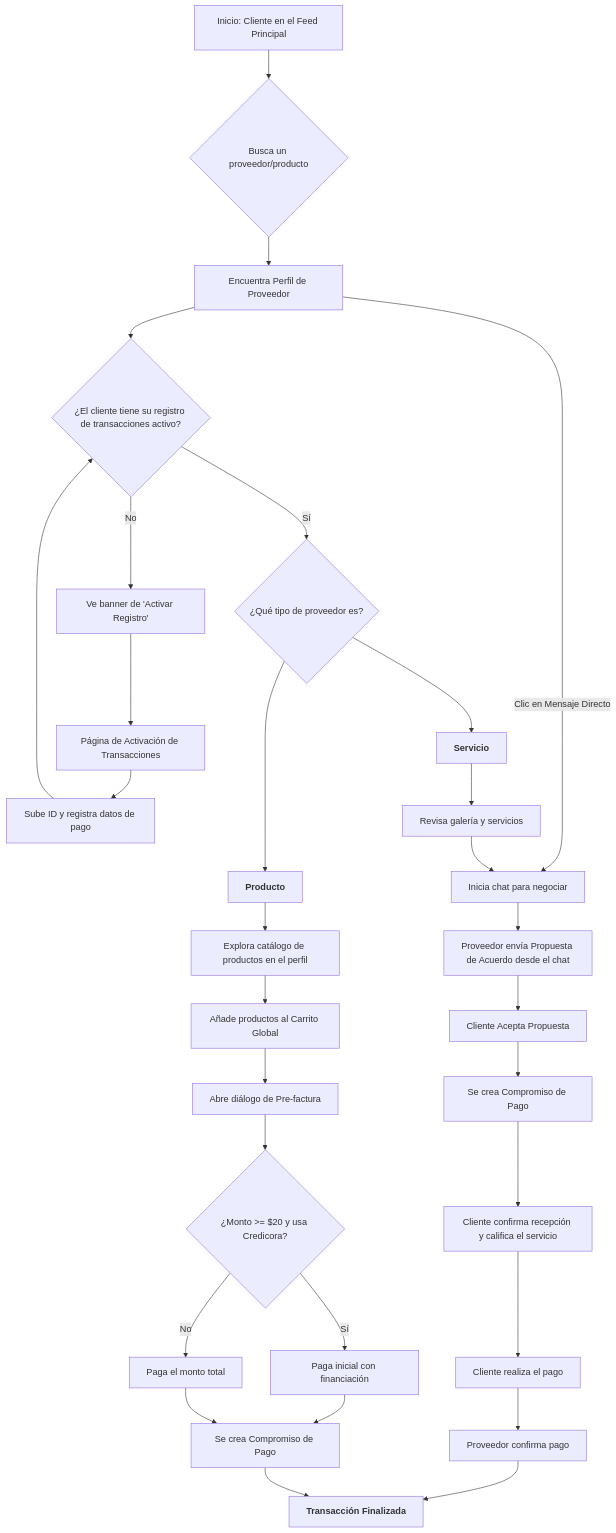
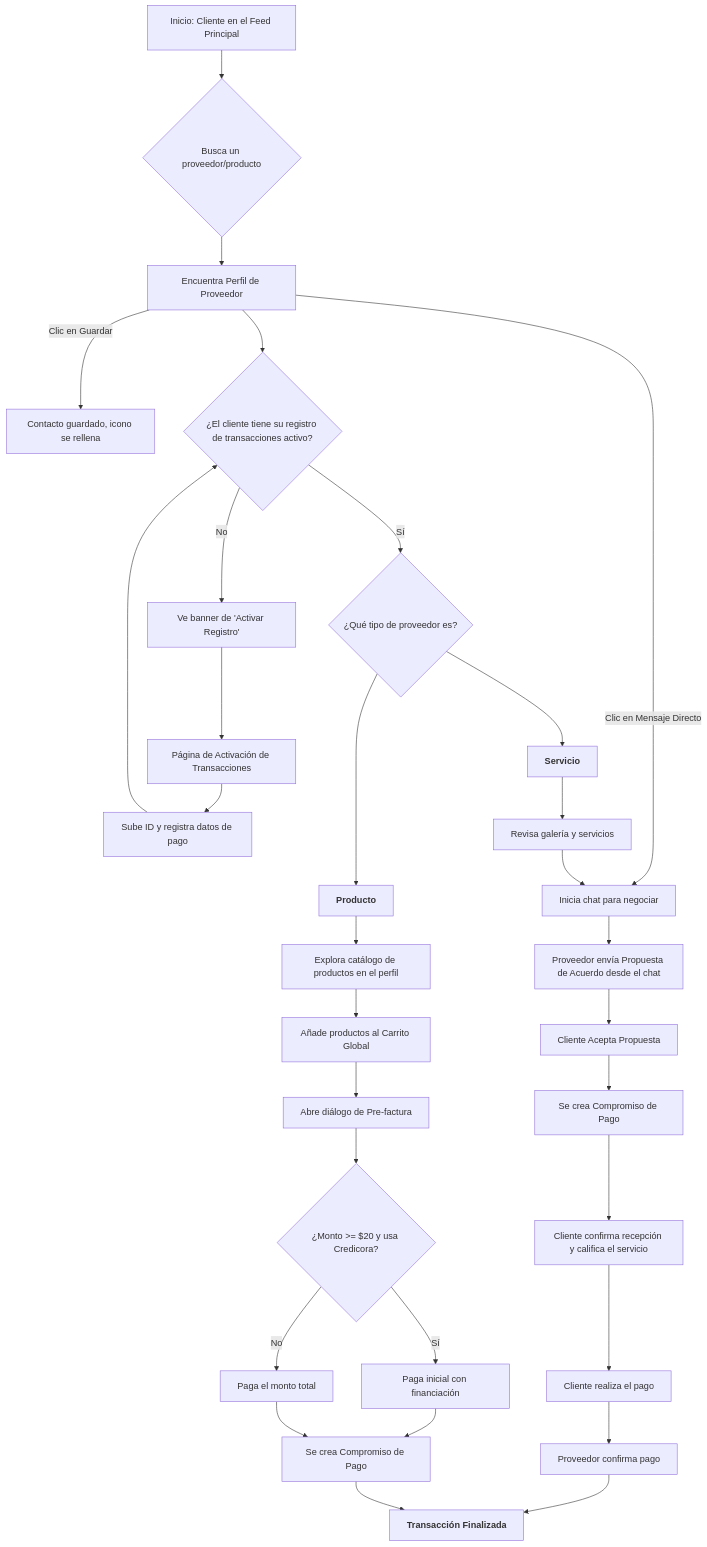
Before and after one commit to F3rnand04/corabO: the first of 6 diagrams in src/FLOWCHARTS.md, drawn with Mermaid. The commit also changed other lines of this file and 3 other files, not shown here.

````diff
--- a/src/FLOWCHARTS.md
+++ b/src/FLOWCHARTS.md
@@ -11,33 +11,34 @@
 ```mermaid
 graph TD
     A[Inicio: Cliente en el Feed Principal] --> B{Busca un proveedor/producto};
     B --> C[Encuentra Perfil de Proveedor];
     C -- Clic en Mensaje Directo --> L[Inicia chat para negociar];
+    C -- Clic en Guardar --> C_SAVE[Contacto guardado, icono se rellena];
     C --> D{¿El cliente tiene su registro de transacciones activo?};
     D -- No --> E[Ve banner de 'Activar Registro'];
     E --> F[Página de Activación de Transacciones];
     F --> G[Sube ID y registra datos de pago];
     G --> D;
     D -- Sí --> H{¿Qué tipo de proveedor es?};
     H --> I[<B>Servicio</B>];
     H --> J[<B>Producto</B>];
 
     I --> K[Revisa galería y servicios];
     K --> L[Inicia chat para negociar];
     L --> M[Proveedor envía Propuesta de Acuerdo desde el chat];
     M --> N[Cliente Acepta Propuesta];
     N --> O[Se crea Compromiso de Pago];
     O --> P[Cliente confirma recepción y califica el servicio];
     P --> Q[Cliente realiza el pago];
     Q --> R[Proveedor confirma pago];
     R --> S[<B>Transacción Finalizada</B>];
 
     J --> T[Explora catálogo de productos en el perfil];
     T --> U[Añade productos al Carrito Global];
     U --> V[Abre diálogo de Pre-factura];
     V --> W{¿Monto >= $20 y usa Credicora?};
     W -- Sí --> X[Paga inicial con financiación];
     W -- No --> Y[Paga el monto total];
     X & Y --> Z[Se crea Compromiso de Pago];
     Z --> S;
 ```
````
